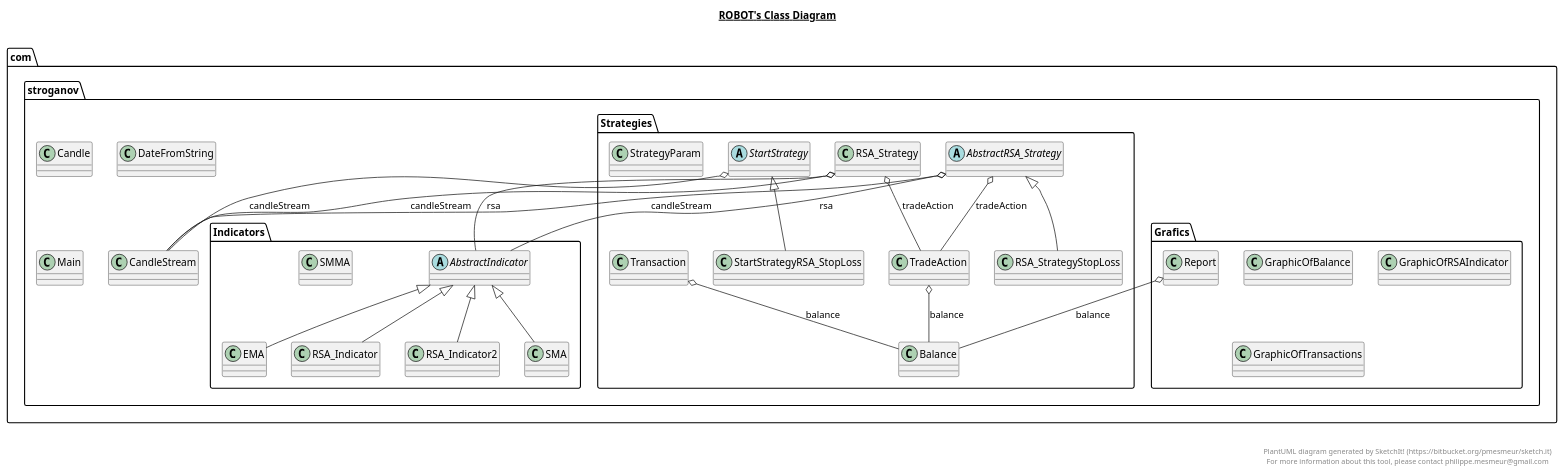
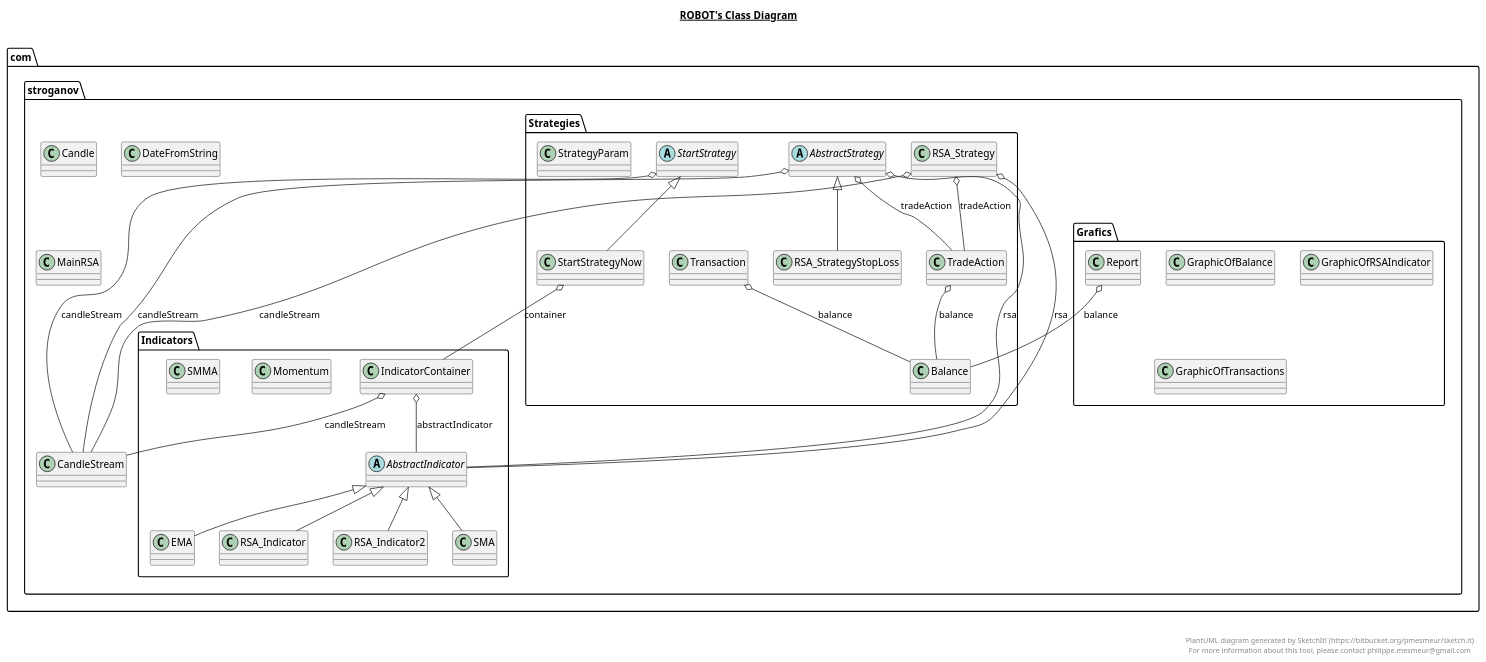
One commit to SergeyStroganoff/TradeRobot changed the diagram in Robot.plantuml. Above: the diagram before and after it, drawn with PlantUML. The commit also changed 23 other files, not shown here.

Commit message:
Add SMA Strategy, add IndicatorTwo

```diff
--- a/Robot.plantuml
+++ b/Robot.plantuml
@@ -70,6 +70,22 @@
 
   namespace com.stroganov {
     namespace Indicators {
+      class com.stroganov.Indicators.IndicatorContainer {
+      }
+    }
+  }
+  
+
+  namespace com.stroganov {
+    namespace Indicators {
+      class com.stroganov.Indicators.Momentum {
+      }
+    }
+  }
+  
+
+  namespace com.stroganov {
+    namespace Indicators {
       class com.stroganov.Indicators.RSA_Indicator {
       }
     }
@@ -101,14 +117,14 @@
   
 
   namespace com.stroganov {
-    class com.stroganov.Main {
+    class com.stroganov.MainRSA {
     }
   }
   
 
   namespace com.stroganov {
     namespace Strategies {
-      abstract class com.stroganov.Strategies.AbstractRSA_Strategy {
+      abstract class com.stroganov.Strategies.AbstractStrategy {
       }
     }
   }
@@ -148,7 +164,7 @@
 
   namespace com.stroganov {
     namespace Strategies {
-      class com.stroganov.Strategies.StartStrategyRSA_StopLoss {
+      class com.stroganov.Strategies.StartStrategyNow {
       }
     }
   }
@@ -180,18 +196,21 @@
 
   com.stroganov.Grafics.Report o-- com.stroganov.Strategies.Balance : balance
   com.stroganov.Indicators.EMA -up-|> com.stroganov.Indicators.AbstractIndicator
+  com.stroganov.Indicators.IndicatorContainer o-- com.stroganov.Indicators.AbstractIndicator : abstractIndicator
+  com.stroganov.Indicators.IndicatorContainer o-- com.stroganov.CandleStream : candleStream
   com.stroganov.Indicators.RSA_Indicator -up-|> com.stroganov.Indicators.AbstractIndicator
   com.stroganov.Indicators.RSA_Indicator2 -up-|> com.stroganov.Indicators.AbstractIndicator
   com.stroganov.Indicators.SMA -up-|> com.stroganov.Indicators.AbstractIndicator
-  com.stroganov.Strategies.AbstractRSA_Strategy o-- com.stroganov.CandleStream : candleStream
-  com.stroganov.Strategies.AbstractRSA_Strategy o-- com.stroganov.Indicators.AbstractIndicator : rsa
-  com.stroganov.Strategies.AbstractRSA_Strategy o-- com.stroganov.Strategies.TradeAction : tradeAction
+  com.stroganov.Strategies.AbstractStrategy o-- com.stroganov.CandleStream : candleStream
+  com.stroganov.Strategies.AbstractStrategy o-- com.stroganov.Indicators.AbstractIndicator : rsa
+  com.stroganov.Strategies.AbstractStrategy o-- com.stroganov.Strategies.TradeAction : tradeAction
   com.stroganov.Strategies.RSA_Strategy o-- com.stroganov.CandleStream : candleStream
   com.stroganov.Strategies.RSA_Strategy o-- com.stroganov.Indicators.AbstractIndicator : rsa
   com.stroganov.Strategies.RSA_Strategy o-- com.stroganov.Strategies.TradeAction : tradeAction
-  com.stroganov.Strategies.RSA_StrategyStopLoss -up-|> com.stroganov.Strategies.AbstractRSA_Strategy
+  com.stroganov.Strategies.RSA_StrategyStopLoss -up-|> com.stroganov.Strategies.AbstractStrategy
   com.stroganov.Strategies.StartStrategy o-- com.stroganov.CandleStream : candleStream
-  com.stroganov.Strategies.StartStrategyRSA_StopLoss -up-|> com.stroganov.Strategies.StartStrategy
+  com.stroganov.Strategies.StartStrategyNow -up-|> com.stroganov.Strategies.StartStrategy
+  com.stroganov.Strategies.StartStrategyNow o-- com.stroganov.Indicators.IndicatorContainer : container
   com.stroganov.Strategies.TradeAction o-- com.stroganov.Strategies.Balance : balance
   com.stroganov.Strategies.Transaction o-- com.stroganov.Strategies.Balance : balance
 
```
